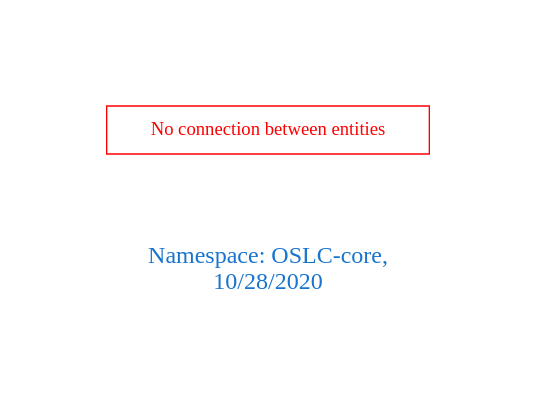
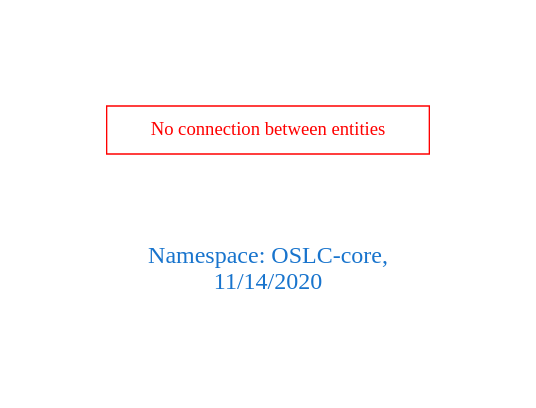
One commit to arago/OGIT changed the diagram in downloads/OSLC-core.dot. Above: the diagram before and after it, drawn with Graphviz. The commit also changed 1821 other files, not shown here.

```diff
--- a/downloads/OSLC-core.dot
+++ b/downloads/OSLC-core.dot
@@ -1,9 +1,9 @@
 digraph OGIT_ontology {
  graph [ rankdir= LR,pad=1 
 fontsize = 18,
-fontcolor= dodgerblue3,label = "\n\n\nNamespace: OSLC-core, \n 10/28/2020"];
+fontcolor= dodgerblue3,label = "\n\n\nNamespace: OSLC-core, \n 11/14/2020"];
 node[shape=polygon];
 edge [  color="gray81"];
 
 "No connection between entities" [fontcolor = "red",color="red", shape="polygon"]
 }
```
